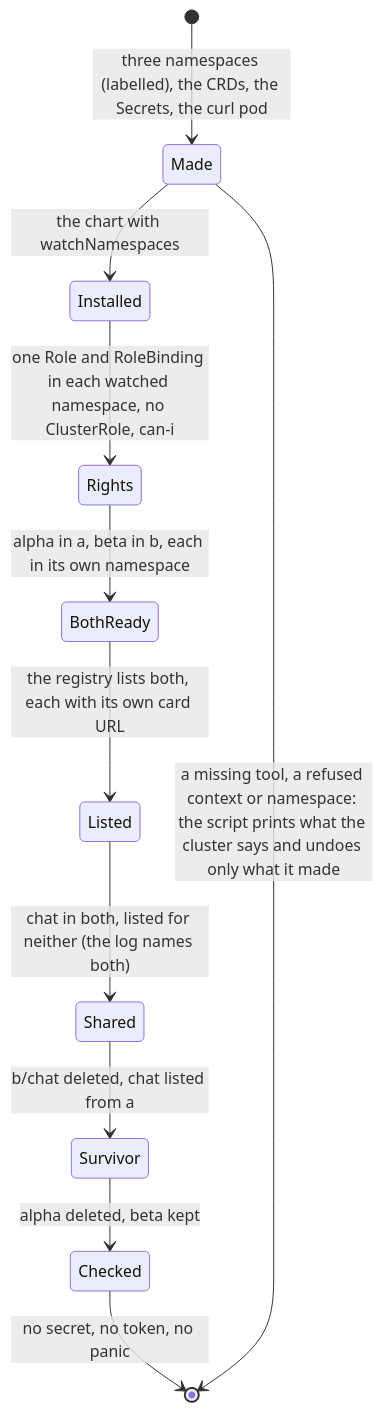
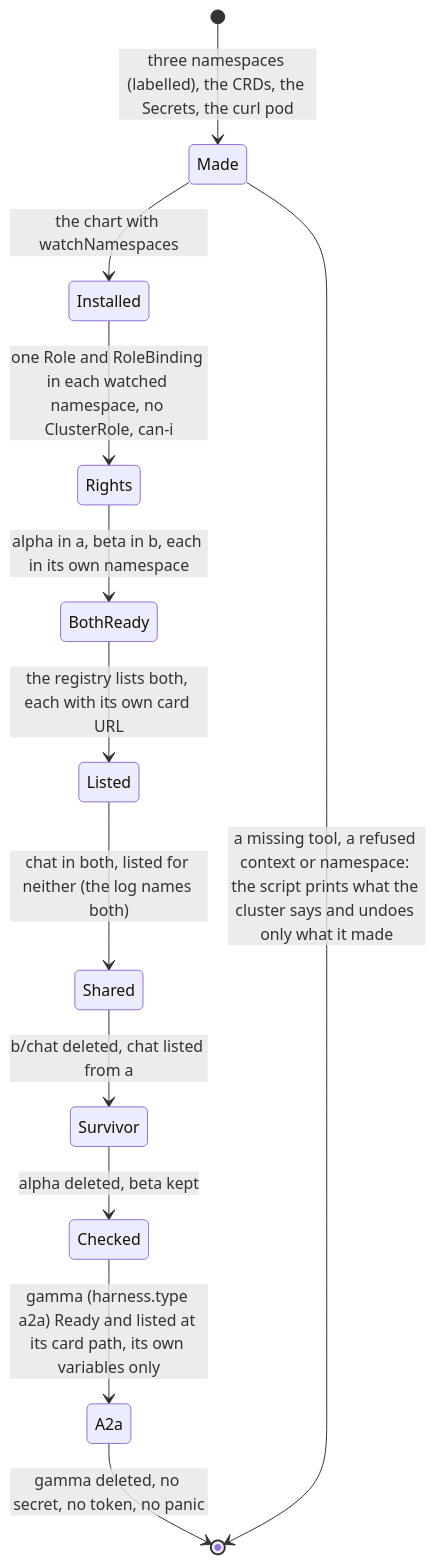
Before and after one commit to vymalo/another-agentic-platform: the tenth of 12 diagrams in deploy/operator/tests/e2e/README.md, drawn with Mermaid. The commit also changed other lines of this file and 43 other files, not shown here.

````diff
--- a/deploy/operator/tests/e2e/README.md
+++ b/deploy/operator/tests/e2e/README.md
@@ -600,13 +605,14 @@
 ```mermaid
 stateDiagram-v2
     [*] --> Made: three namespaces (labelled), the CRDs, the Secrets, the curl pod
     Made --> Installed: the chart with watchNamespaces
     Installed --> Rights: one Role and RoleBinding in each watched namespace, no ClusterRole, can-i
     Rights --> BothReady: alpha in a, beta in b, each in its own namespace
     BothReady --> Listed: the registry lists both, each with its own card URL
     Listed --> Shared: chat in both, listed for neither (the log names both)
     Shared --> Survivor: b/chat deleted, chat listed from a
     Survivor --> Checked: alpha deleted, beta kept
-    Checked --> [*]: no secret, no token, no panic
+    Checked --> A2a: gamma (harness.type a2a) Ready and listed at its card path, its own variables only
+    A2a --> [*]: gamma deleted, no secret, no token, no panic
     Made --> [*]: a missing tool, a refused context or namespace: the script prints what the cluster says and undoes only what it made
 ```
````
